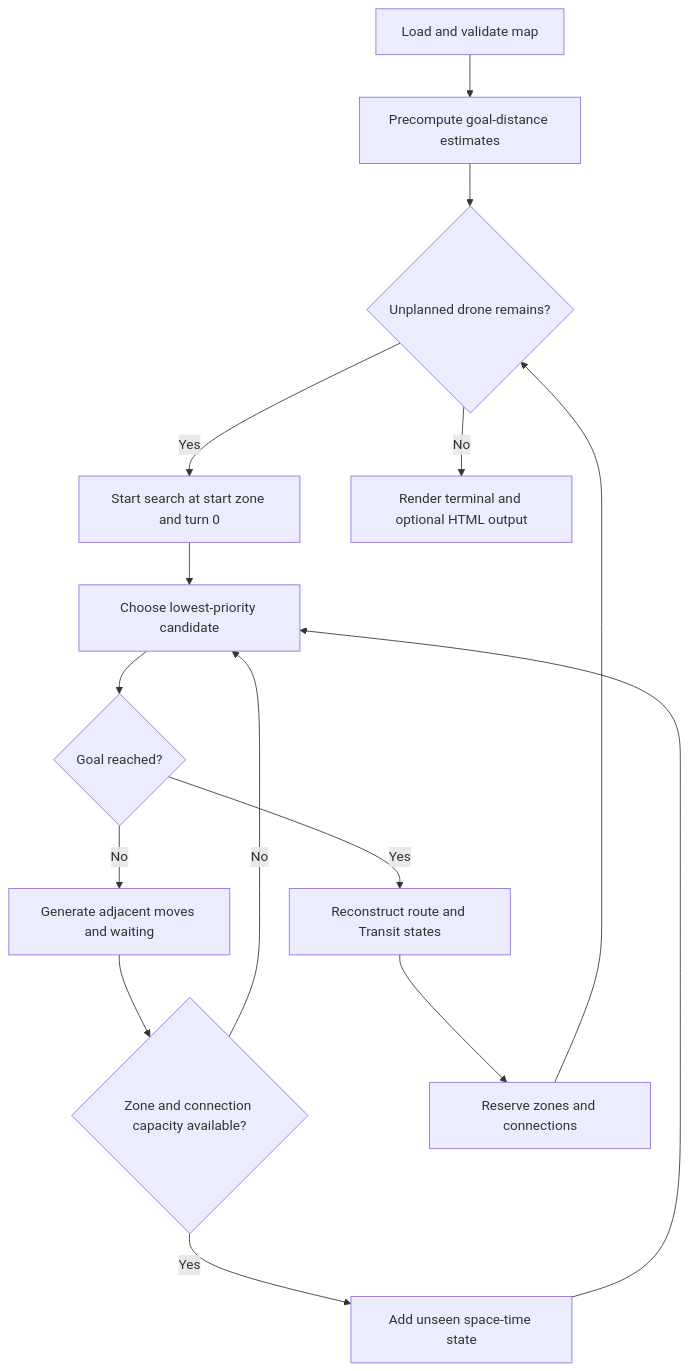
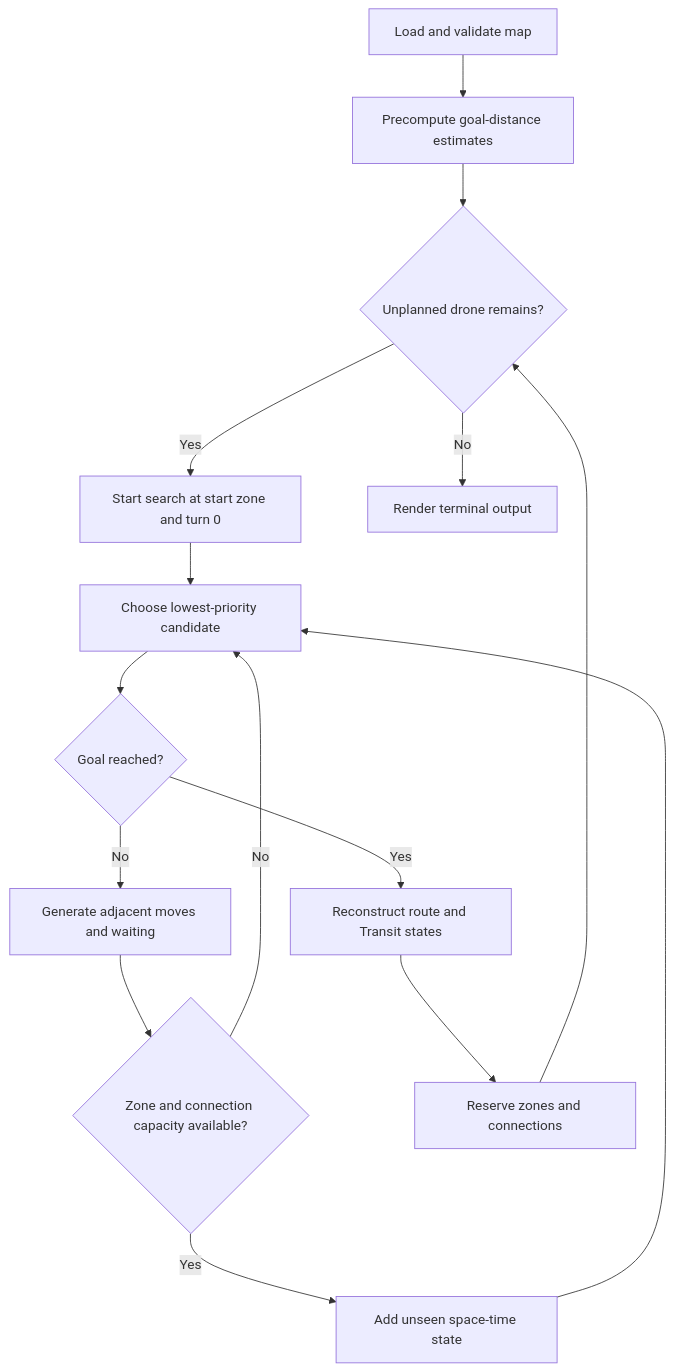
Before and after one commit to tsito2602/42cursus-fly_in: the first of 2 diagrams in README.md, drawn with Mermaid. The commit also changed other lines of this file and 2 other files, not shown here.

```diff
--- a/README.md
+++ b/README.md
@@ -259,17 +244,17 @@
 ~~~mermaid
 flowchart TD
     A[Load and validate map] --> B[Precompute goal-distance estimates]
     B --> C{Unplanned drone remains?}
     C -- Yes --> D[Start search at start zone and turn 0]
     D --> E[Choose lowest-priority candidate]
     E --> F{Goal reached?}
     F -- No --> G[Generate adjacent moves and waiting]
     G --> H{Zone and connection capacity available?}
     H -- No --> E
     H -- Yes --> I[Add unseen space-time state]
     I --> E
     F -- Yes --> J[Reconstruct route and Transit states]
     J --> K[Reserve zones and connections]
     K --> C
-    C -- No --> L[Render terminal and optional HTML output]
+    C -- No --> L[Render terminal output]
 ~~~
```
